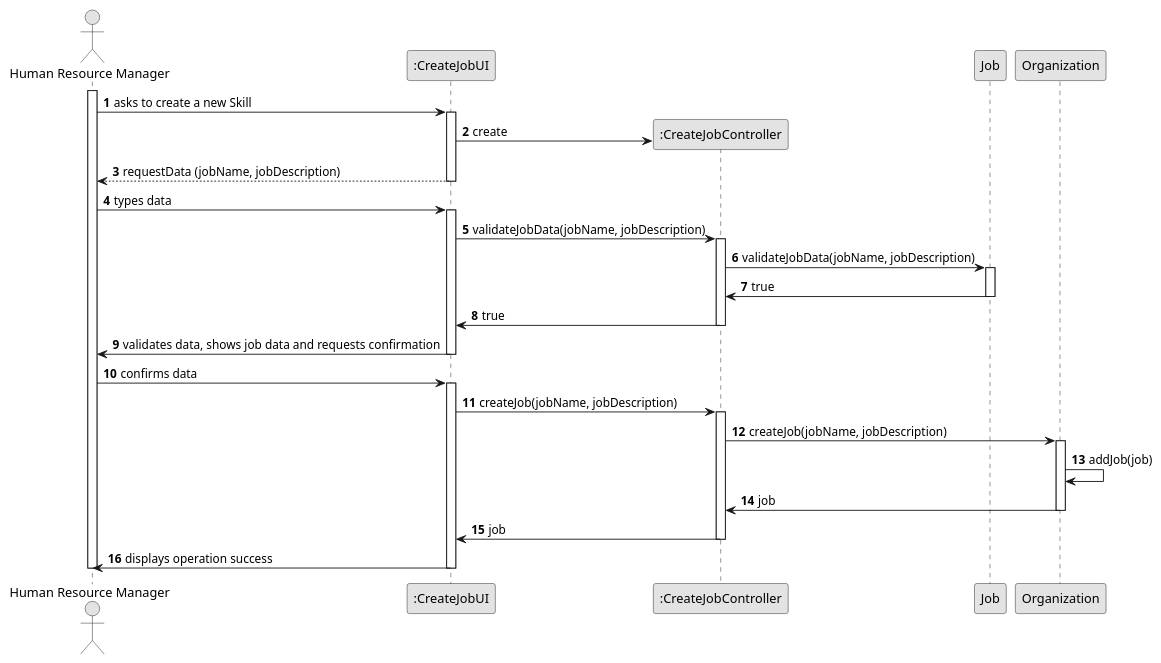
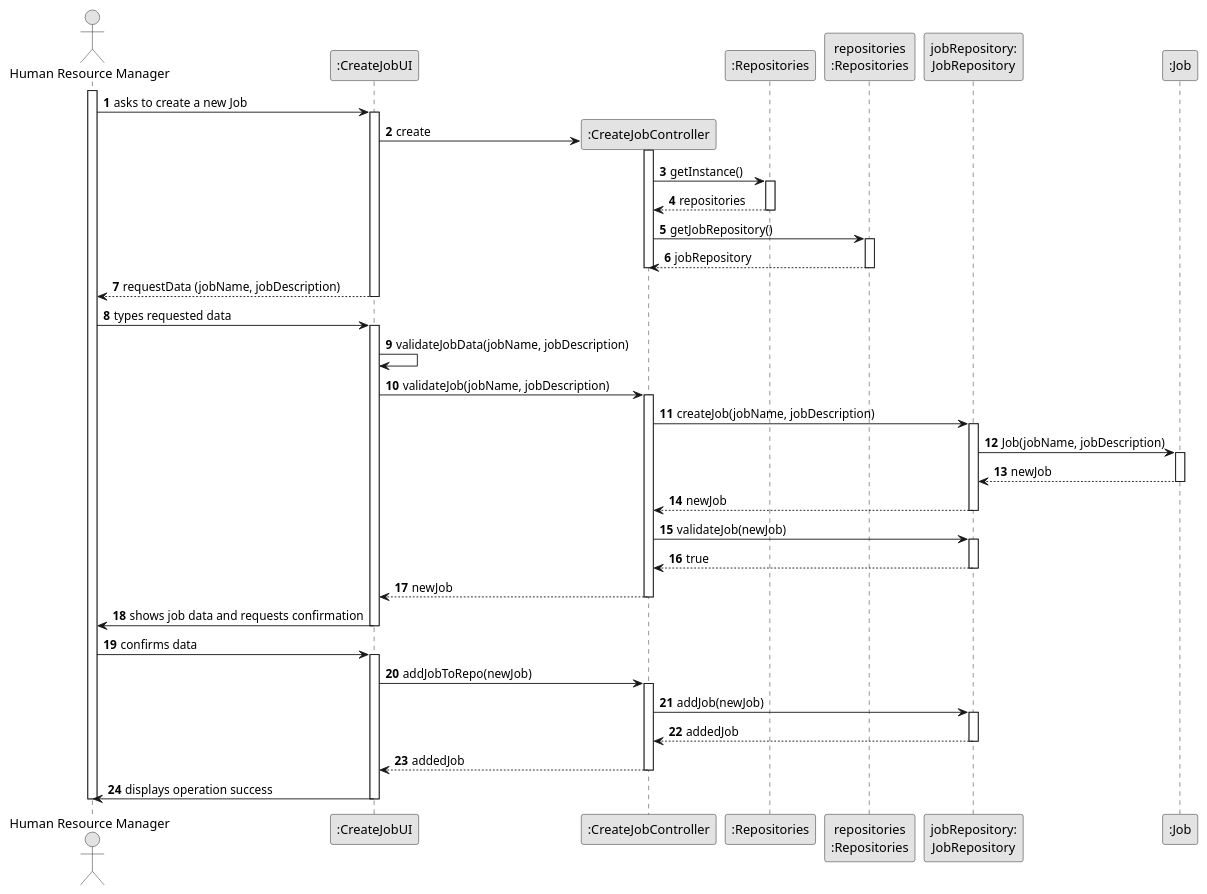
Before and after one commit to Paulo-Pereira-at-ISEP/lei-24-s2-1nanb-g321: the diagram in docs/sprintB/us02/03.design/puml/us02-sequence-diagram-full.puml, drawn with PlantUML.

Commit message:
LGGPM-117 - US02 - Design - Sequence diagram update

```diff
--- a/docs/sprintB/us02/03.design/puml/us02-sequence-diagram-full.puml
+++ b/docs/sprintB/us02/03.design/puml/us02-sequence-diagram-full.puml
@@ -1,82 +1,123 @@
 @startuml
 skinparam monochrome true
 skinparam packageStyle rectangle
 skinparam shadowing false
 
 autonumber
 
 'hide footbox
 
 actor "Human Resource Manager" as HRM
 participant ":CreateJobUI" as UI
 participant ":CreateJobController" as CTRL
-participant "Job" as JOB
-participant "Organization" as ORG
+participant ":Repositories" as REPO_SINGLETON
+participant "repositories\n:Repositories" as GEN_REPO_INSTANCE
+participant "jobRepository:\nJobRepository" as JOB_REPO_INSTANCE
+participant ":Job" as JOB
+'participant ":HRManager" as MNGR
 
 activate HRM
 
-        HRM -> UI : asks to create a new Skill
+        HRM -> UI : asks to create a new Job
 
         activate UI
             'create CTRL
             UI -> CTRL** : create
 
+            activate CTRL
+
+                CTRL -> REPO_SINGLETON : getInstance()
+
+                activate REPO_SINGLETON
+
+                    REPO_SINGLETON --> CTRL : repositories
+
+                deactivate REPO_SINGLETON
+
+                CTRL -> GEN_REPO_INSTANCE : getJobRepository()
+
+                activate GEN_REPO_INSTANCE
+
+                    GEN_REPO_INSTANCE --> CTRL : jobRepository
+
+                deactivate GEN_REPO_INSTANCE
+
+            deactivate CTRL
+
+
             'requests the HRM to input data
             UI --> HRM : requestData (jobName, jobDescription)
-deactivate UI
+        deactivate UI
+
+        HRM -> UI : types requested data
+
+        activate UI
+
+            UI -> UI : validateJobData(jobName, jobDescription)
+
+            UI -> CTRL : validateJob(jobName, jobDescription)
+            activate CTRL
 
 
-            HRM -> UI : types data
-activate UI
+                CTRL -> JOB_REPO_INSTANCE : createJob(jobName, jobDescription)
 
-            UI -> CTRL : validateJobData(jobName, jobDescription)
-            activate CTRL
-                'inserted data validation
+                activate JOB_REPO_INSTANCE
 
+                    JOB_REPO_INSTANCE -> JOB : Job(jobName, jobDescription)
 
-                CTRL -> JOB : validateJobData(jobName, jobDescription)
+                    activate JOB
 
-                activate JOB
+                        JOB --> JOB_REPO_INSTANCE : newJob
 
-                    JOB -> CTRL : true
+                    deactivate JOB
 
-                deactivate JOB
+                    JOB_REPO_INSTANCE --> CTRL : newJob
 
-                CTRL -> UI : true
+                deactivate JOB_REPO_INSTANCE
 
-                deactivate CTRL
+                CTRL -> JOB_REPO_INSTANCE : validateJob(newJob)
 
-                UI -> HRM : validates data, shows job data and requests confirmation
+                activate JOB_REPO_INSTANCE
+
+                    JOB_REPO_INSTANCE --> CTRL : true
+
+                deactivate JOB_REPO_INSTANCE
+
+            CTRL --> UI : newJob
+
+            deactivate CTRL
+
+                UI -> HRM : shows job data and requests confirmation
 
 
 
         deactivate UI
 
 
     HRM -> UI : confirms data
     activate UI
 
-        UI -> CTRL : createJob(jobName, jobDescription)
+        UI -> CTRL : addJobToRepo(newJob)
+
         activate CTRL
 
-            CTRL -> ORG : createJob(jobName, jobDescription)
 
-            activate ORG
+            CTRL -> JOB_REPO_INSTANCE : addJob(newJob)
 
-                ORG -> ORG : addJob(job)
+            activate JOB_REPO_INSTANCE
 
-                ORG -> CTRL : job
+                JOB_REPO_INSTANCE --> CTRL : addedJob
 
-            deactivate ORG
+            deactivate JOB_REPO_INSTANCE
 
-            CTRL -> UI : job
+            CTRL --> UI : addedJob
 
         deactivate CTRL
 
         UI -> HRM : displays operation success
 
     deactivate UI
 
 deactivate HRM
 
 @enduml
```
